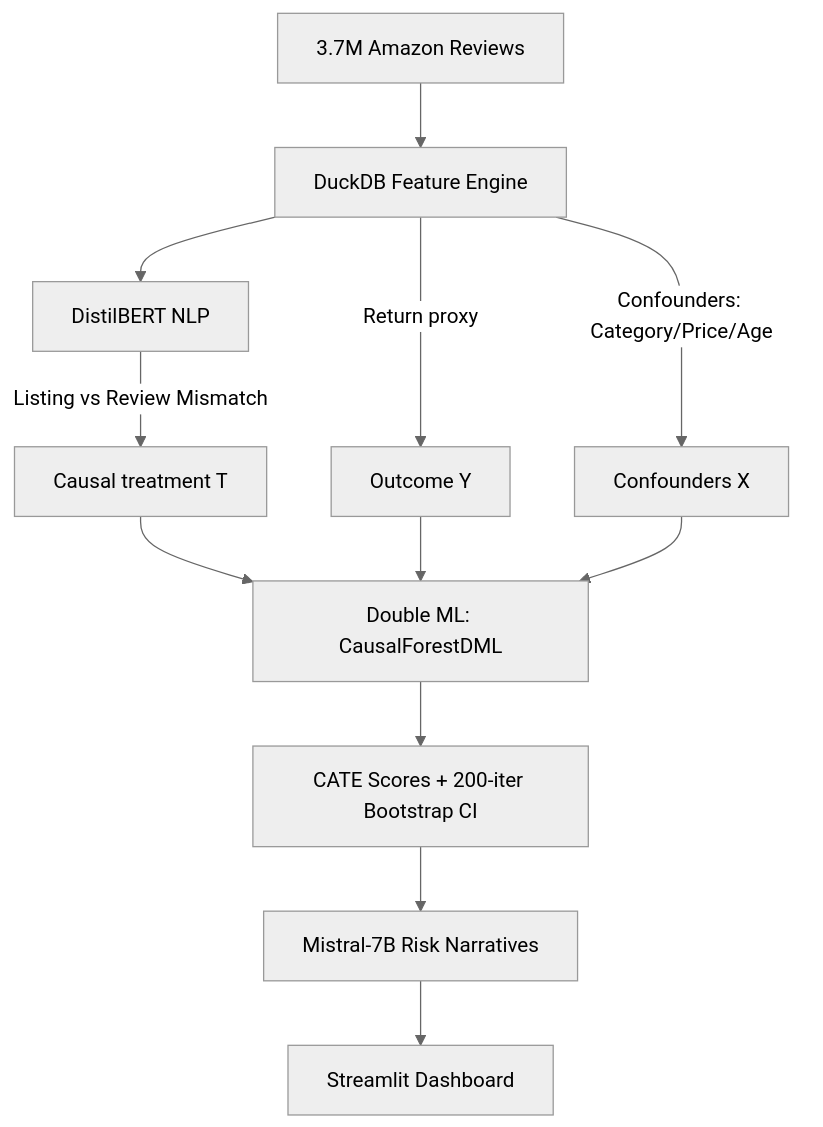
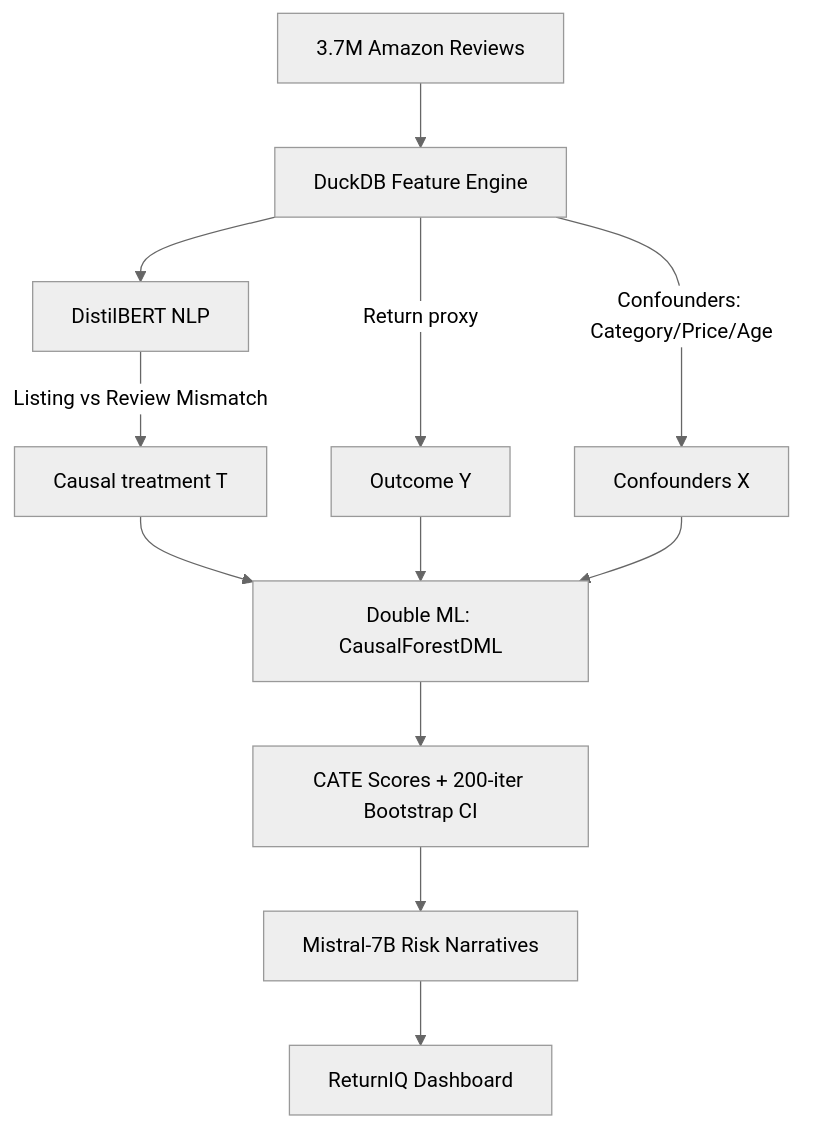
The diagram in README.md (Jainishpatel1019/ReturnIQ), drawn with Mermaid (neutral theme) before and after one commit. The commit also changed other lines of this file and 2 other files, not shown here.

Commit message:
Standardized Branding: ReturnIQ. Fixed broken OLS comparison and improved heatmap UX. Repository is now resume-ready.

````diff
--- a/README.md
+++ b/README.md
@@ -35,12 +37,12 @@
 ```mermaid
 graph TD
     A[3.7M Amazon Reviews] --> B[DuckDB Feature Engine]
     B --> C[DistilBERT NLP]
     C -->|Listing vs Review Mismatch| D[Causal treatment T]
     B -->|Return proxy| E[Outcome Y]
     B -->|Confounders: Category/Price/Age| F[Confounders X]
     D & E & F --> G[Double ML: CausalForestDML]
     G --> H[CATE Scores + 200-iter Bootstrap CI]
     H --> I[Mistral-7B Risk Narratives]
-    I --> J[Streamlit Dashboard]
+    I --> J[ReturnIQ Dashboard]
 ```
````
